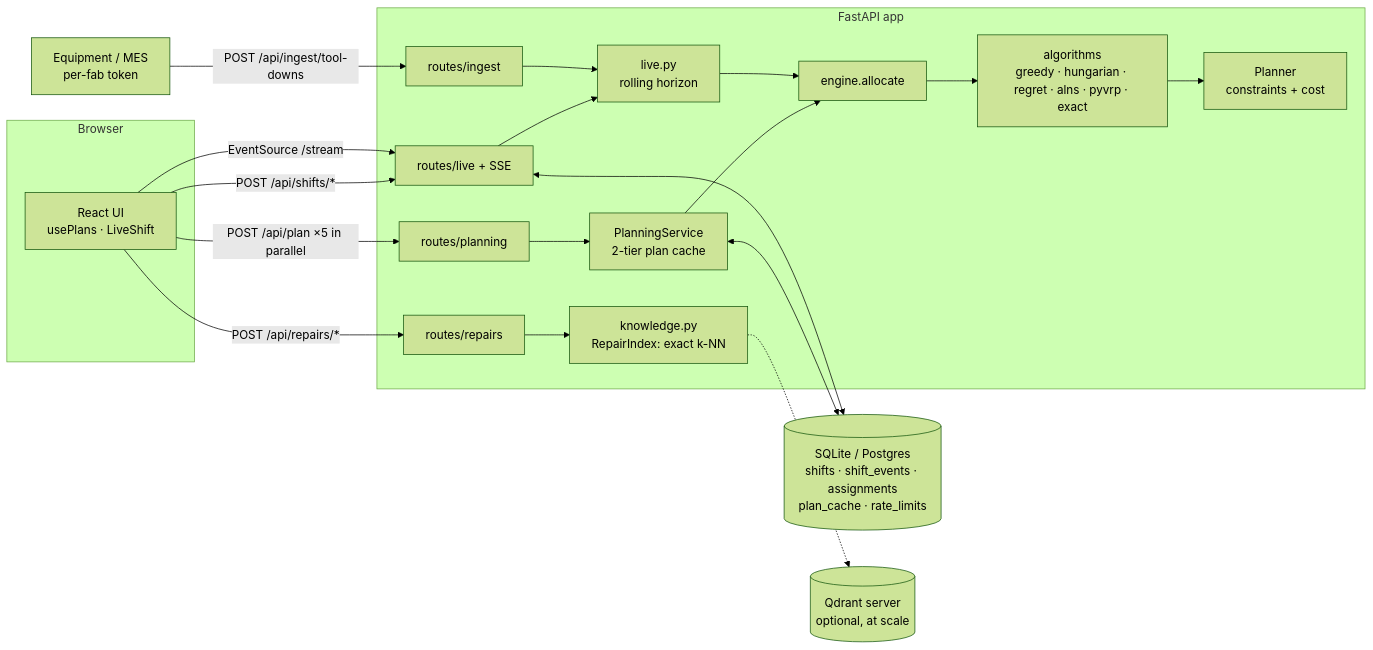
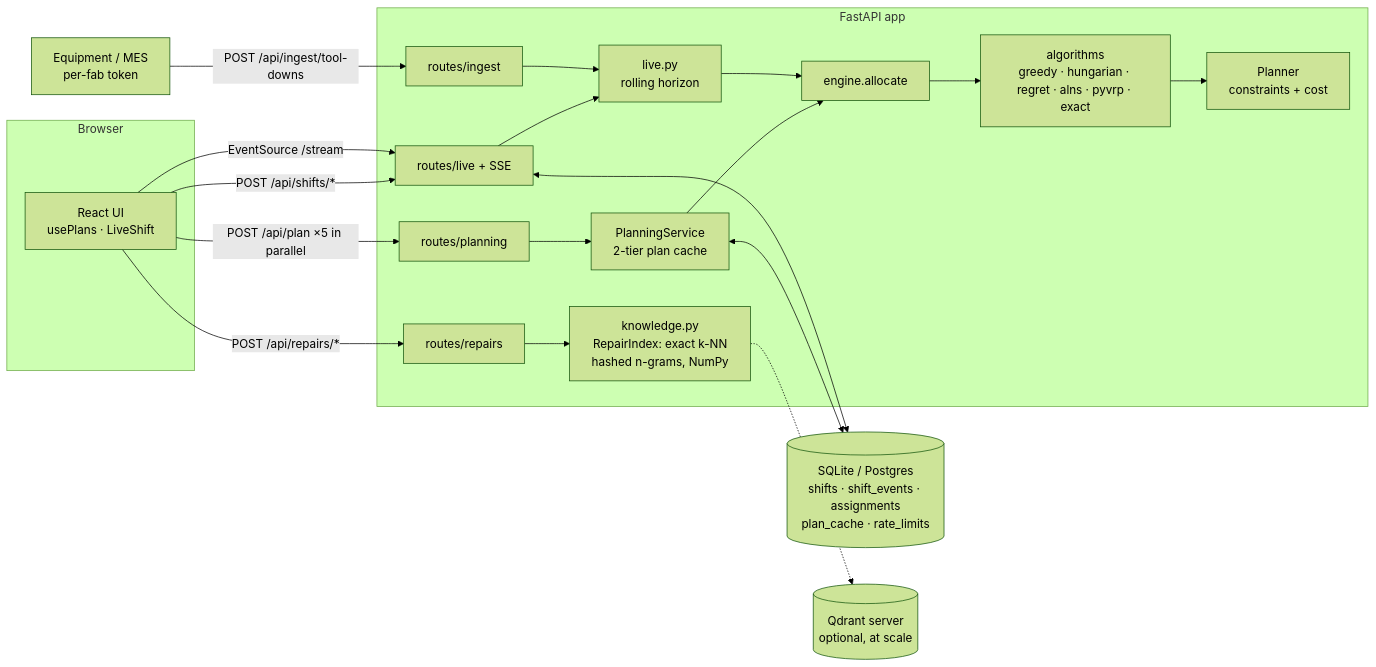
The first of 3 diagrams in docs/ARCHITECTURE.md (pavansky/fab-dispatch), drawn with Mermaid (forest theme) before and after one commit. The commit also changed other lines of this file and 22 other files, not shown here.

````diff
--- a/docs/ARCHITECTURE.md
+++ b/docs/ARCHITECTURE.md
@@ -5,29 +5,29 @@
 ```mermaid
 flowchart LR
   subgraph Browser
     UI[React UI<br/>usePlans · LiveShift]
   end
   MES[Equipment / MES<br/>per-fab token]
   subgraph API[FastAPI app]
     R1[routes/planning]
     R2[routes/live + SSE]
     R3[routes/repairs]
     R4[routes/ingest]
     SVC[PlanningService<br/>2-tier plan cache]
     ENG[engine.allocate]
     PL[Planner<br/>constraints + cost]
     ALG[algorithms<br/>greedy · hungarian · regret · alns · pyvrp · exact]
     LIVE[live.py<br/>rolling horizon]
-    KN[knowledge.py<br/>RepairIndex: exact k-NN]
+    KN[knowledge.py<br/>RepairIndex: exact k-NN<br/>hashed n-grams, NumPy]
   end
   DB[(SQLite / Postgres<br/>shifts · shift_events · assignments<br/>plan_cache · rate_limits)]
   Q[(Qdrant server<br/>optional, at scale)]
 
   UI -- "POST /api/plan ×5 in parallel" --> R1 --> SVC --> ENG --> ALG --> PL
   SVC <--> DB
   UI -- "POST /api/shifts/*" --> R2 --> LIVE --> ENG
   R2 <--> DB
   UI -- "EventSource /stream" --> R2
   UI -- "POST /api/repairs/*" --> R3 --> KN -.-> Q
   MES -- "POST /api/ingest/tool-downs" --> R4 --> LIVE
 ```
````
